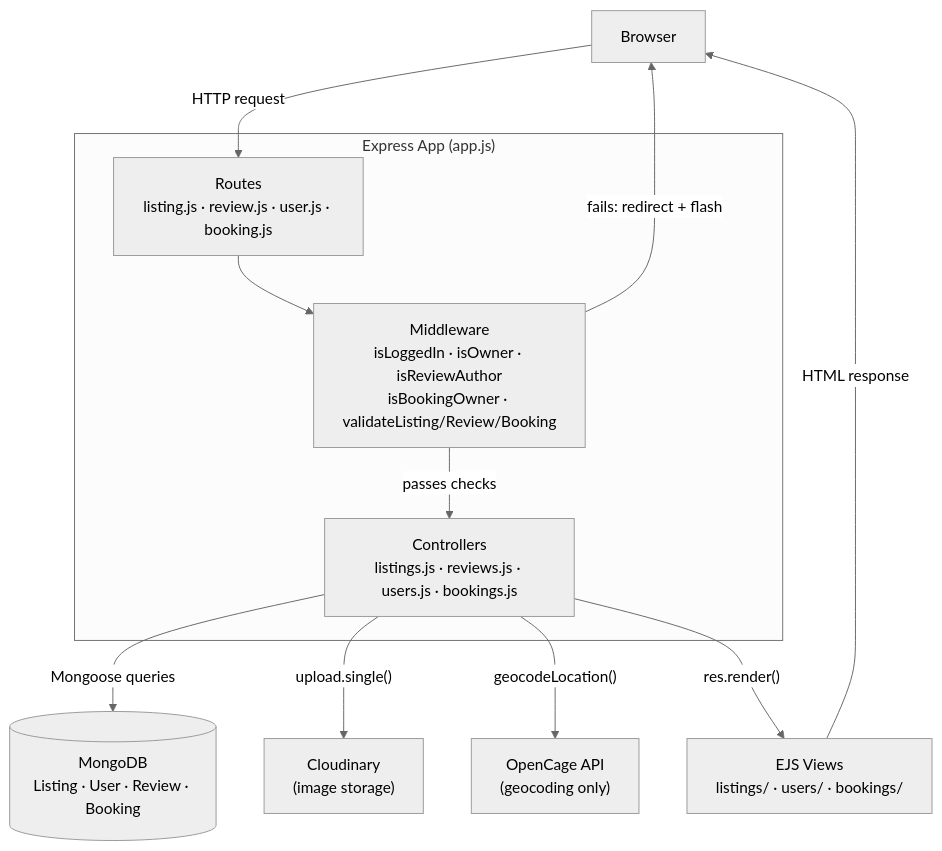
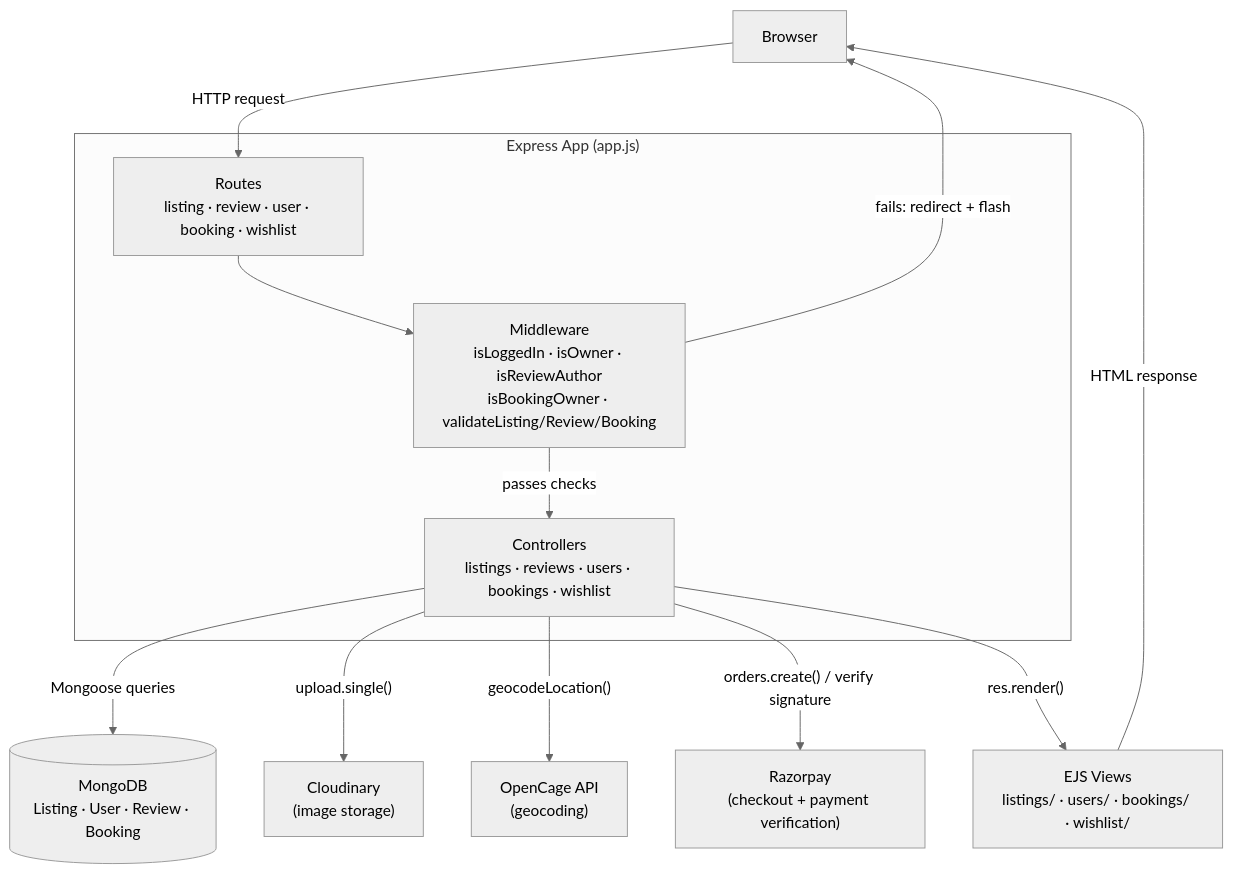
The first of 2 diagrams in README.md (KushagraSri87/StayScape), drawn with Mermaid (neutral theme) before and after one commit. The commit also changed other lines of this file, not shown here.

````diff
--- a/README.md
+++ b/README.md
@@ -33,25 +52,27 @@
 ```mermaid
 flowchart TD
     Browser["Browser"]
 
     subgraph Express["Express App (app.js)"]
-        Router["Routes<br/>listing.js · review.js · user.js · booking.js"]
+        Router["Routes<br/>listing · review · user · booking · wishlist"]
         MW["Middleware<br/>isLoggedIn · isOwner · isReviewAuthor<br/>isBookingOwner · validateListing/Review/Booking"]
-        Ctrl["Controllers<br/>listings.js · reviews.js · users.js · bookings.js"]
+        Ctrl["Controllers<br/>listings · reviews · users · bookings · wishlist"]
     end
 
-    Views["EJS Views<br/>listings/ · users/ · bookings/"]
+    Views["EJS Views<br/>listings/ · users/ · bookings/ · wishlist/"]
     DB[("MongoDB<br/>Listing · User · Review · Booking")]
     Cloudinary["Cloudinary<br/>(image storage)"]
-    OpenCage["OpenCage API<br/>(geocoding only)"]
+    OpenCage["OpenCage API<br/>(geocoding)"]
+    Razorpay["Razorpay<br/>(checkout + payment verification)"]
 
     Browser -->|"HTTP request"| Router
     Router --> MW
     MW -->|"passes checks"| Ctrl
     MW -->|"fails: redirect + flash"| Browser
     Ctrl -->|"Mongoose queries"| DB
     Ctrl -->|"upload.single()"| Cloudinary
     Ctrl -->|"geocodeLocation()"| OpenCage
+    Ctrl -->|"orders.create() / verify signature"| Razorpay
     Ctrl -->|"res.render()"| Views
     Views -->|"HTML response"| Browser
 ```
````
